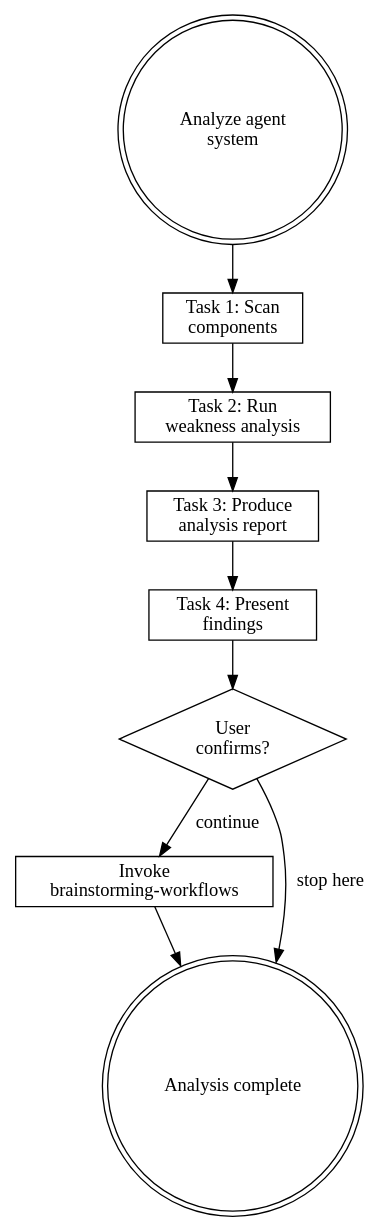
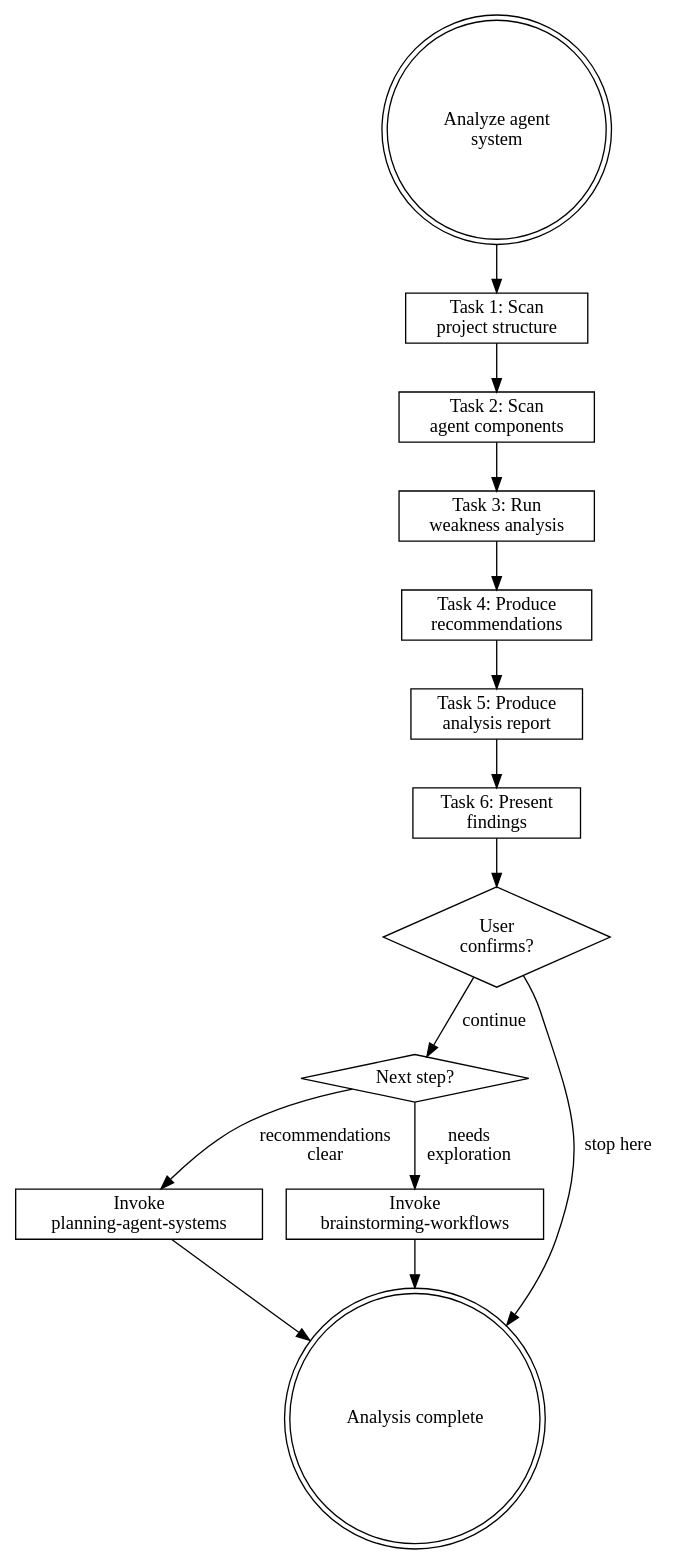
One commit to wayne930242/Reflexive-Claude-Code changed the diagram in plugins/rcc/skills/analyzing-agent-systems/SKILL.md. Above: the diagram before and after it, drawn with Graphviz. The commit also changed other lines of this file, not shown here.

Commit message:
feat(analyzing): restructure to 6 tasks with project scanning and recommendations

````diff
--- a/plugins/rcc/skills/analyzing-agent-systems/SKILL.md
+++ b/plugins/rcc/skills/analyzing-agent-systems/SKILL.md
@@ -173,23 +255,32 @@
 ```dot
 digraph analyze_agent {
     rankdir=TB;
 
     start [label="Analyze agent\nsystem", shape=doublecircle];
-    scan [label="Task 1: Scan\ncomponents", shape=box];
-    weakness [label="Task 2: Run\nweakness analysis", shape=box];
-    report [label="Task 3: Produce\nanalysis report", shape=box];
-    present [label="Task 4: Present\nfindings", shape=box];
+    project [label="Task 1: Scan\nproject structure", shape=box];
+    scan [label="Task 2: Scan\nagent components", shape=box];
+    weakness [label="Task 3: Run\nweakness analysis", shape=box];
+    recommend [label="Task 4: Produce\nrecommendations", shape=box];
+    report [label="Task 5: Produce\nanalysis report", shape=box];
+    present [label="Task 6: Present\nfindings", shape=box];
     confirm [label="User\nconfirms?", shape=diamond];
-    handoff [label="Invoke\nbrainstorming-workflows", shape=box];
+    choice [label="Next step?", shape=diamond];
+    planning [label="Invoke\nplanning-agent-systems", shape=box];
+    brainstorm [label="Invoke\nbrainstorming-workflows", shape=box];
     done [label="Analysis complete", shape=doublecircle];
 
-    start -> scan;
+    start -> project;
+    project -> scan;
     scan -> weakness;
-    weakness -> report;
+    weakness -> recommend;
+    recommend -> report;
     report -> present;
     present -> confirm;
-    confirm -> handoff [label="continue"];
+    confirm -> choice [label="continue"];
     confirm -> done [label="stop here"];
-    handoff -> done;
+    choice -> planning [label="recommendations\nclear"];
+    choice -> brainstorm [label="needs\nexploration"];
+    planning -> done;
+    brainstorm -> done;
 }
 ```
````
